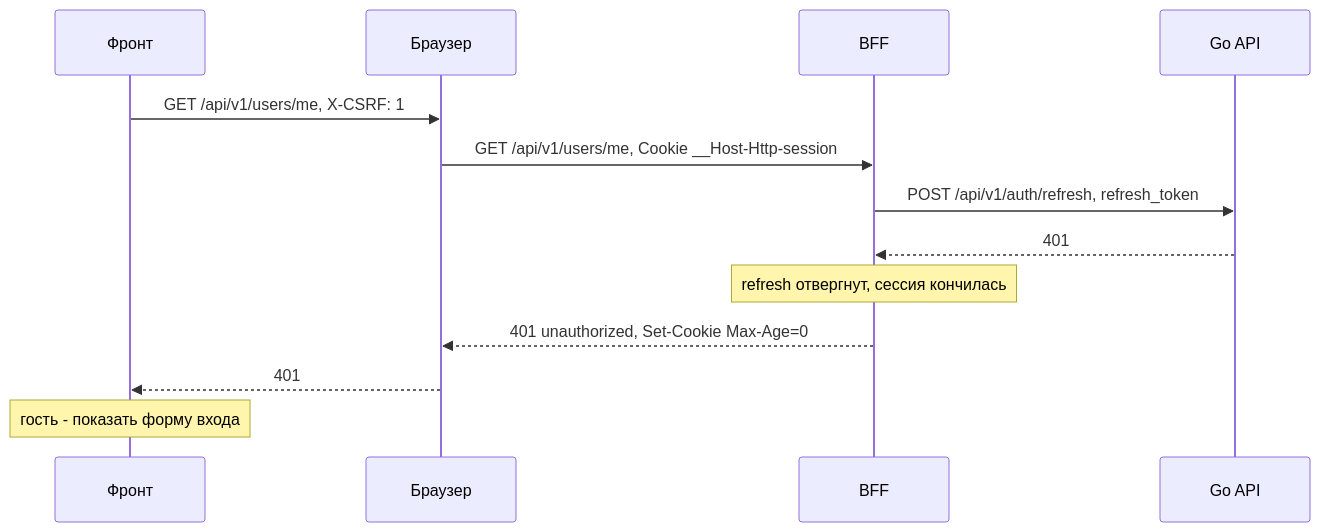
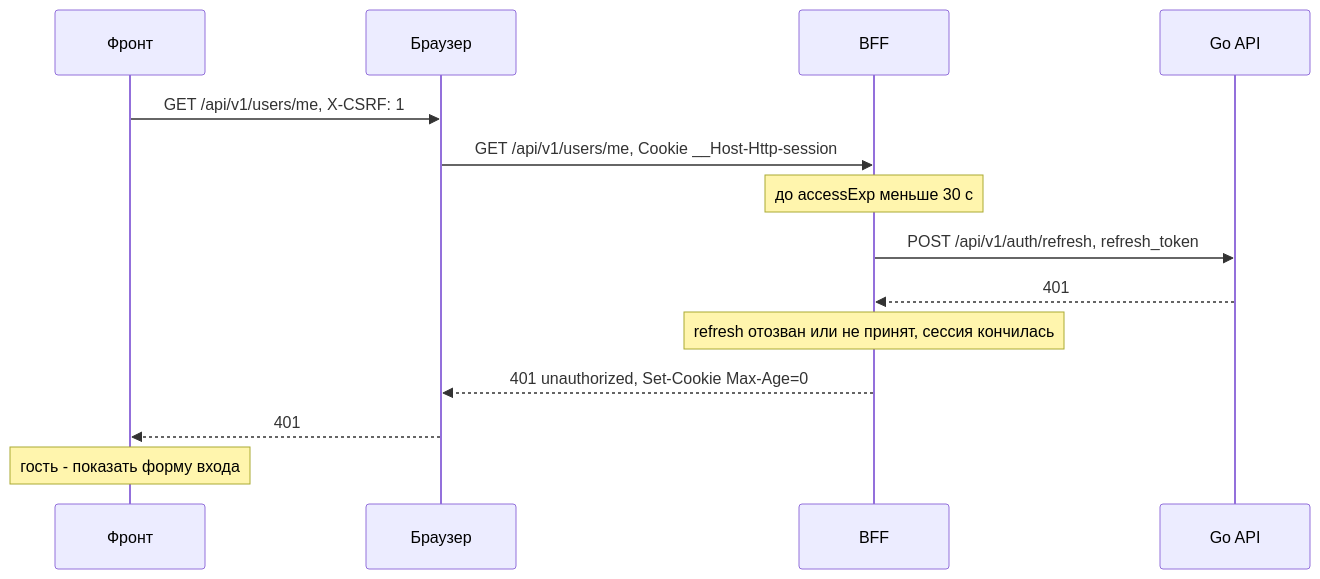
The sixth of 10 diagrams in site/bff/auth.md (Cringe-Driven-Development-Team/docs), drawn with Mermaid before and after one commit. The commit also changed other lines of this file and 3 other files, not shown here.

````diff
--- a/site/bff/auth.md
+++ b/site/bff/auth.md
@@ -226,15 +243,16 @@
 ```mermaid
 sequenceDiagram
   participant F as Фронт
   participant B as Браузер
   participant P as BFF
   participant A as Go API
   F->>B: GET /api/v1/users/me, X-CSRF: 1
   B->>P: GET /api/v1/users/me, Cookie __Host-Http-session
+  Note over P: до accessExp меньше 30 с
   P->>A: POST /api/v1/auth/refresh, refresh_token
   A-->>P: 401
-  Note over P: refresh отвергнут, сессия кончилась
+  Note over P: refresh отозван или не принят, сессия кончилась
   P-->>B: 401 unauthorized, Set-Cookie Max-Age=0
   B-->>F: 401
   Note over F: гость - показать форму входа
 ```
````
